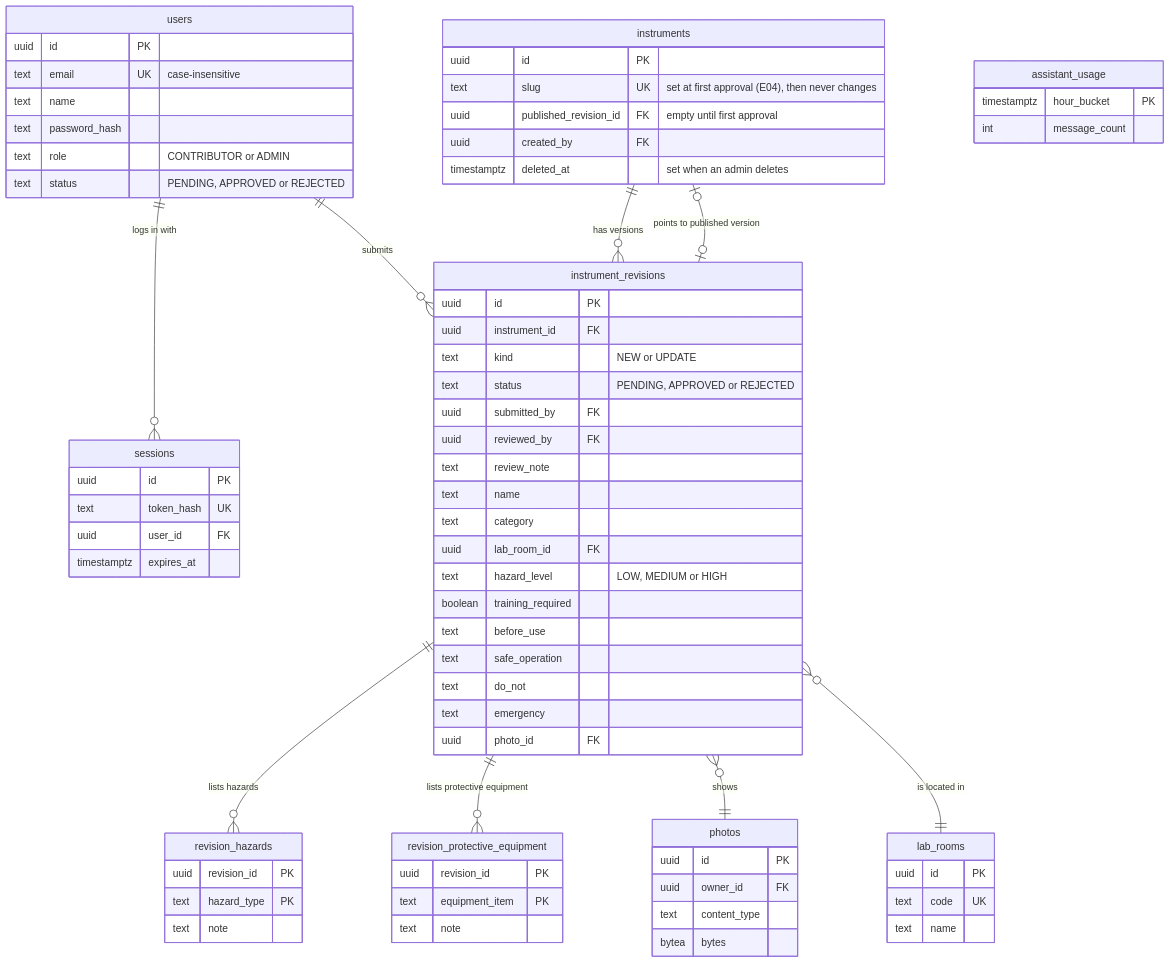
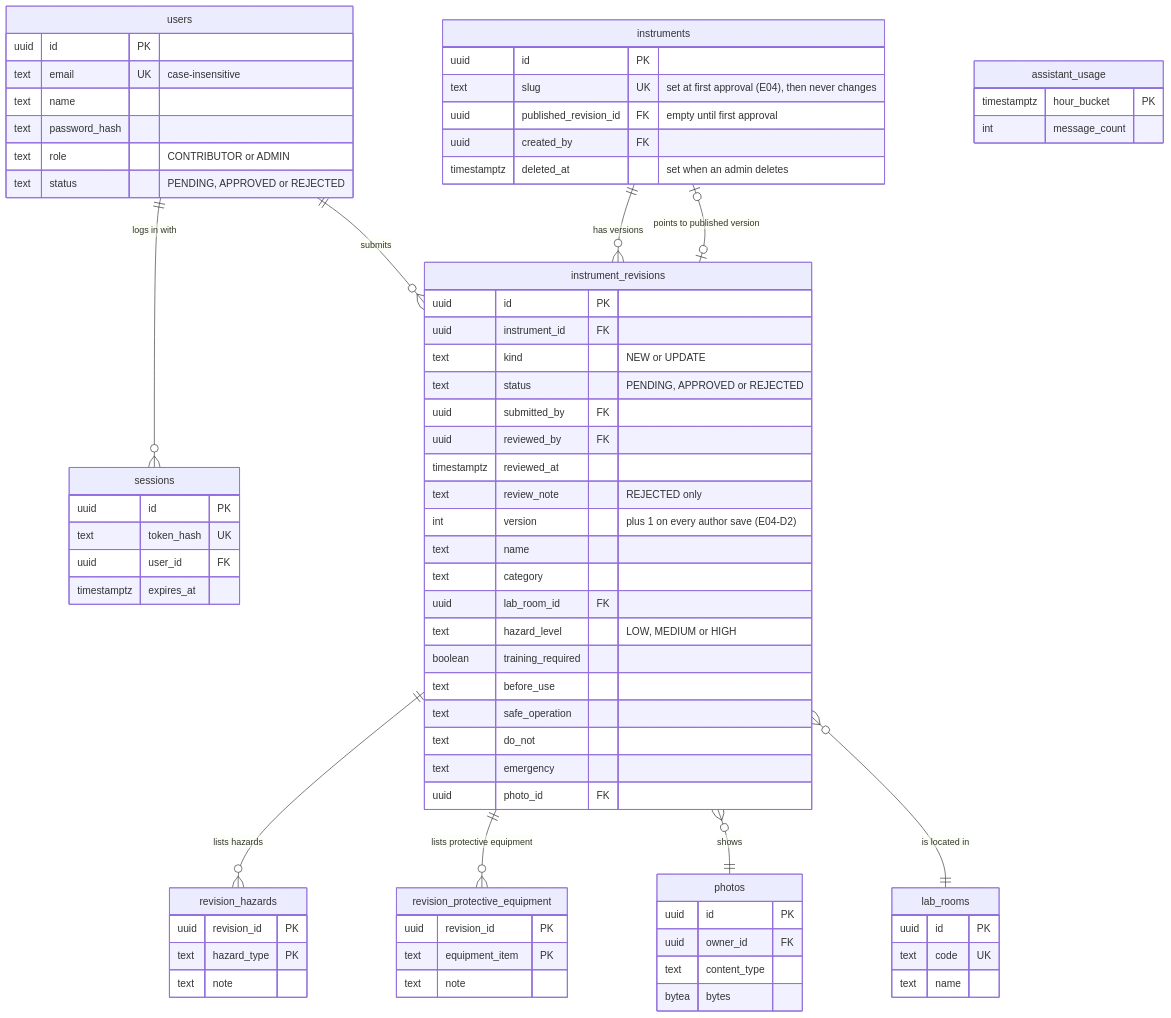
The second of 5 diagrams in docs/technical-design/design-doc.md (easyweek123-netizen/lab_safe), drawn with Mermaid before and after one commit. The commit also changed other lines of this file and 134 other files, not shown here.

````diff
--- a/docs/technical-design/design-doc.md
+++ b/docs/technical-design/design-doc.md
@@ -64,77 +64,79 @@
 ```mermaid
 erDiagram
   users ||--o{ sessions : "logs in with"
   users ||--o{ instrument_revisions : "submits"
   instruments ||--o{ instrument_revisions : "has versions"
   instruments |o--o| instrument_revisions : "points to published version"
   instrument_revisions ||--o{ revision_hazards : "lists hazards"
   instrument_revisions ||--o{ revision_protective_equipment : "lists protective equipment"
   instrument_revisions }o--|| photos : "shows"
   instrument_revisions }o--|| lab_rooms : "is located in"
 
   users {
     uuid id PK
     text email UK "case-insensitive"
     text name
     text password_hash
     text role "CONTRIBUTOR or ADMIN"
     text status "PENDING, APPROVED or REJECTED"
   }
   sessions {
     uuid id PK
     text token_hash UK
     uuid user_id FK
     timestamptz expires_at
   }
   instruments {
     uuid id PK
     text slug UK "set at first approval (E04), then never changes"
     uuid published_revision_id FK "empty until first approval"
     uuid created_by FK
     timestamptz deleted_at "set when an admin deletes"
   }
   instrument_revisions {
     uuid id PK
     uuid instrument_id FK
     text kind "NEW or UPDATE"
     text status "PENDING, APPROVED or REJECTED"
     uuid submitted_by FK
     uuid reviewed_by FK
-    text review_note
+    timestamptz reviewed_at
+    text review_note "REJECTED only"
+    int version "plus 1 on every author save (E04-D2)"
     text name
     text category
     uuid lab_room_id FK
     text hazard_level "LOW, MEDIUM or HIGH"
     boolean training_required
     text before_use
     text safe_operation
     text do_not
     text emergency
     uuid photo_id FK
   }
   revision_hazards {
     uuid revision_id PK
     text hazard_type PK
     text note
   }
   revision_protective_equipment {
     uuid revision_id PK
     text equipment_item PK
     text note
   }
   photos {
     uuid id PK
     uuid owner_id FK
     text content_type
     bytea bytes
   }
   lab_rooms {
     uuid id PK
     text code UK
     text name
   }
   assistant_usage {
     timestamptz hour_bucket PK
     int message_count
   }
 ```
````
